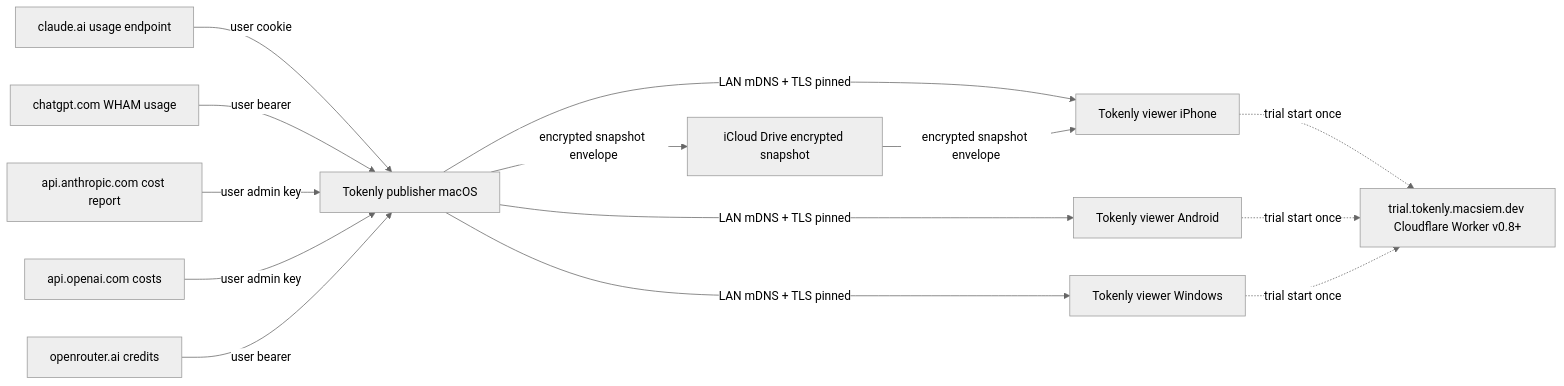
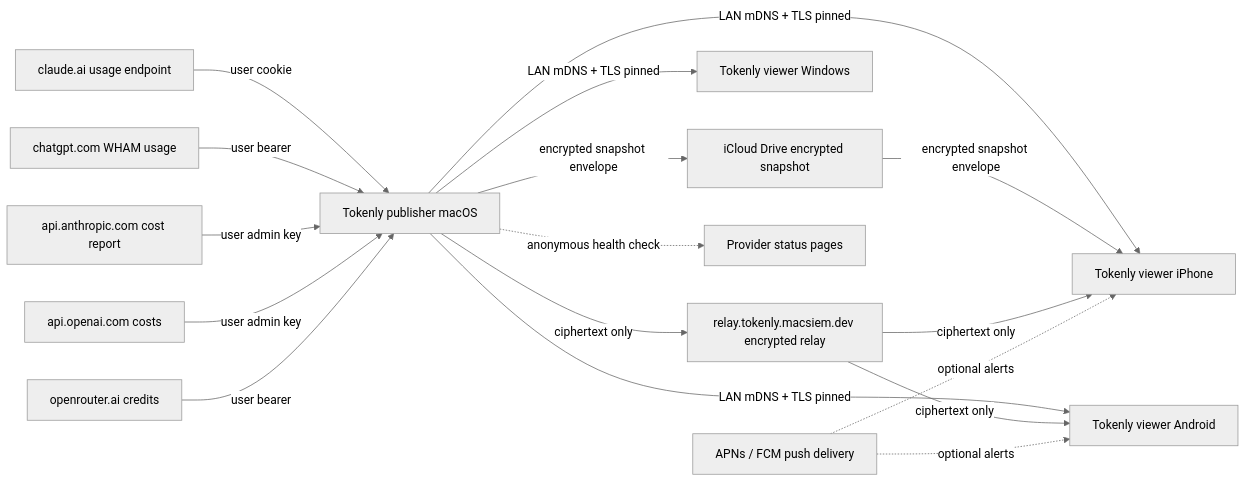
Before and after one commit to MacSiem/tokenly: the diagram in architecture/overview.md, drawn with Mermaid (neutral theme). The commit also changed other lines of this file and 8 other files, not shown here.

````diff
--- a/architecture/overview.md
+++ b/architecture/overview.md
@@ -7,28 +7,33 @@
 ```mermaid
 flowchart LR
   P[Tokenly publisher macOS]
   C[claude.ai usage endpoint]
   G[chatgpt.com WHAM usage]
   A[api.anthropic.com cost report]
   O[api.openai.com costs]
   R[openrouter.ai credits]
   iCloud[iCloud Drive encrypted snapshot]
   iPhone[Tokenly viewer iPhone]
   Droid[Tokenly viewer Android]
   Win[Tokenly viewer Windows]
-  TW[trial.tokenly.macsiem.dev Cloudflare Worker v0.8+]
+  Relay[relay.tokenly.macsiem.dev encrypted relay]
+  Status[Provider status pages]
+  Push[APNs / FCM push delivery]
 
   C -->|user cookie| P
   G -->|user bearer| P
   A -->|user admin key| P
   O -->|user admin key| P
   R -->|user bearer| P
   P -->|LAN mDNS + TLS pinned| iPhone
   P -->|LAN mDNS + TLS pinned| Droid
   P -->|LAN mDNS + TLS pinned| Win
   P -->|encrypted snapshot envelope| iCloud
   iCloud -->|encrypted snapshot envelope| iPhone
-  iPhone -.->|trial start once| TW
-  Droid -.->|trial start once| TW
-  Win -.->|trial start once| TW
+  P -->|ciphertext only| Relay
+  Relay -->|ciphertext only| iPhone
+  Relay -->|ciphertext only| Droid
+  P -.->|anonymous health check| Status
+  Push -.->|optional alerts| iPhone
+  Push -.->|optional alerts| Droid
 ```
````
